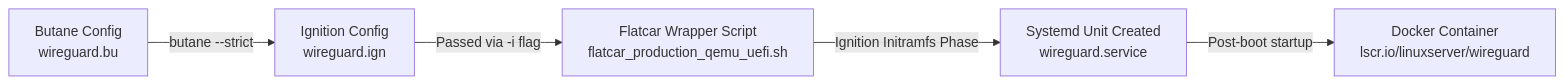
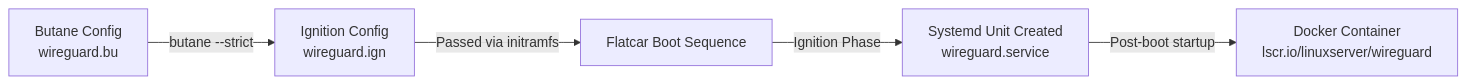
The diagram in README.md (shipitdev/flatcar-app-wireguard), drawn with Mermaid before and after one commit. The commit also changed other lines of this file, not shown here.

Commit message:
docs: polish README formatting, badges, and architecture overview

````diff
--- a/README.md
+++ b/README.md
@@ -13,7 +18,7 @@
 ```mermaid
 flowchart LR
-    A[Butane Config\nwireguard.bu] -->|butane --strict| B[Ignition Config\nwireguard.ign]
-    B -->|Passed via -i flag| C[Flatcar Wrapper Script\nflatcar_production_qemu_uefi.sh]
-    C -->|Ignition Initramfs Phase| D[Systemd Unit Created\nwireguard.service]
-    D -->|Post-boot startup| E[Docker Container\nlscr.io/linuxserver/wireguard]
+    A[Butane Config<br/>wireguard.bu] -->|butane --strict| B[Ignition Config<br/>wireguard.ign]
+    B -->|Passed via initramfs| C[Flatcar Boot Sequence]
+    C -->|Ignition Phase| D[Systemd Unit Created<br/>wireguard.service]
+    D -->|Post-boot startup| E[Docker Container<br/>lscr.io/linuxserver/wireguard]
 ```
````
